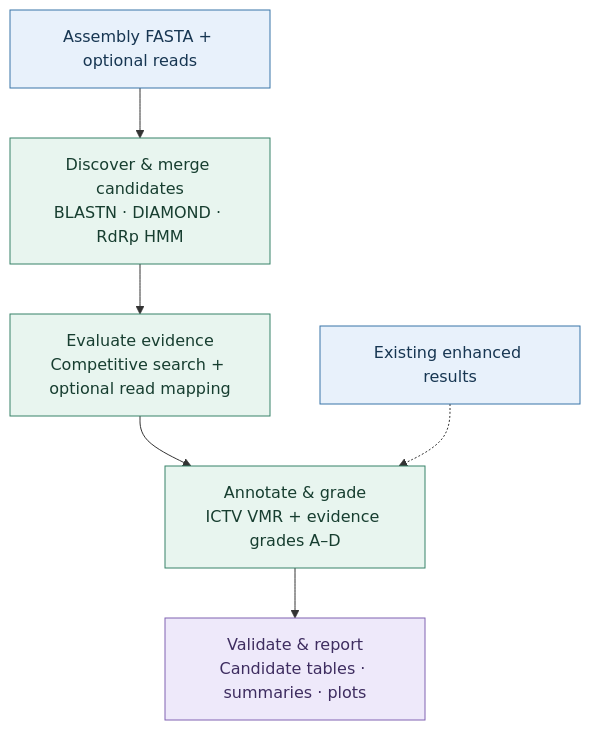
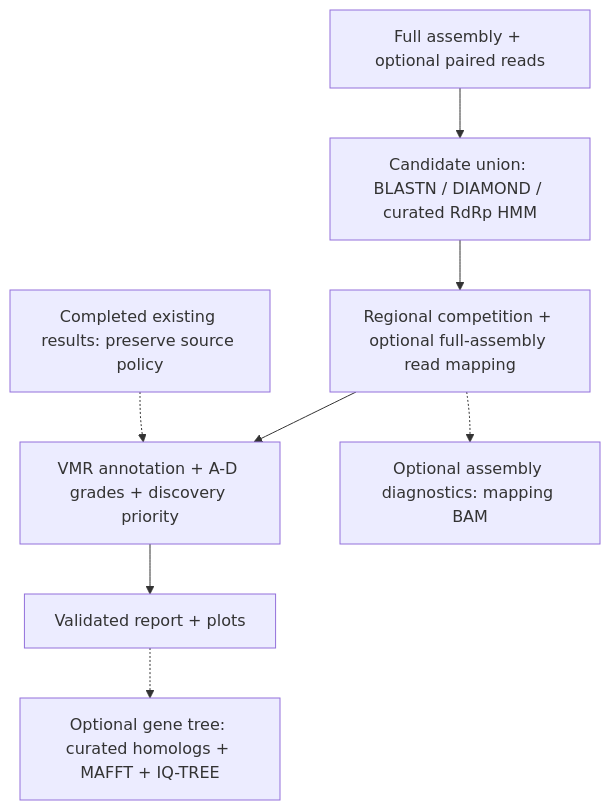
Before and after one commit to changQing111/plant-virus-screen: the diagram in docs/workflow.md, drawn with Mermaid. The commit also changed other lines of this file and 6 other files, not shown here.

Commit message:
Replace README Mermaid diagram with vector workflow figure and remove host-specific rerun docs

````diff
--- a/docs/workflow.md
+++ b/docs/workflow.md
@@ -5,17 +11,15 @@
 ```mermaid
 flowchart TD
-    A["Assembly FASTA + optional reads"]
-    B["Discover & merge candidates<br/>BLASTN · DIAMOND · RdRp HMM"]
-    C["Evaluate evidence<br/>Competitive search + optional read mapping"]
-    D["Annotate & grade<br/>ICTV VMR + evidence grades A–D"]
-    E["Validate & report<br/>Candidate tables · summaries · plots"]
-    R["Existing enhanced results"]
+    A["Full assembly + optional paired reads"]
+    B["Candidate union: BLASTN / DIAMOND / curated RdRp HMM"]
+    C["Regional competition + optional full-assembly read mapping"]
+    D["VMR annotation + A-D grades + discovery priority"]
+    E["Validated report + plots"]
+    R["Completed existing results: preserve source policy"]
+    F["Optional assembly diagnostics: mapping BAM"]
+    G["Optional gene tree: curated homologs + MAFFT + IQ-TREE"]
     A --> B --> C --> D --> E
     R -.-> D
-    classDef input fill:#e8f1fb,stroke:#3974a8,color:#173652;
-    classDef process fill:#e8f5ef,stroke:#378268,color:#173e30;
-    classDef result fill:#eee9fa,stroke:#8063b2,color:#3e2d60;
-    class A,R input;
-    class B,C,D process;
-    class E result;
+    C -.-> F
+    E -.-> G
 ```
````
